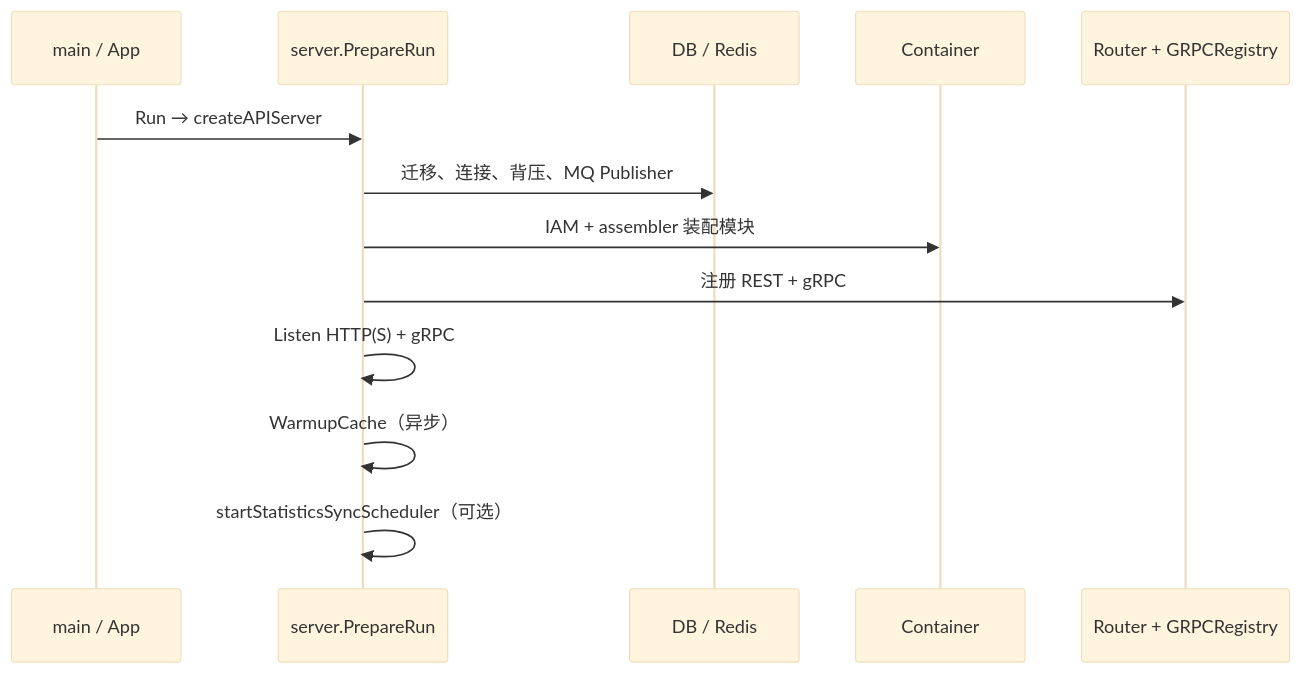
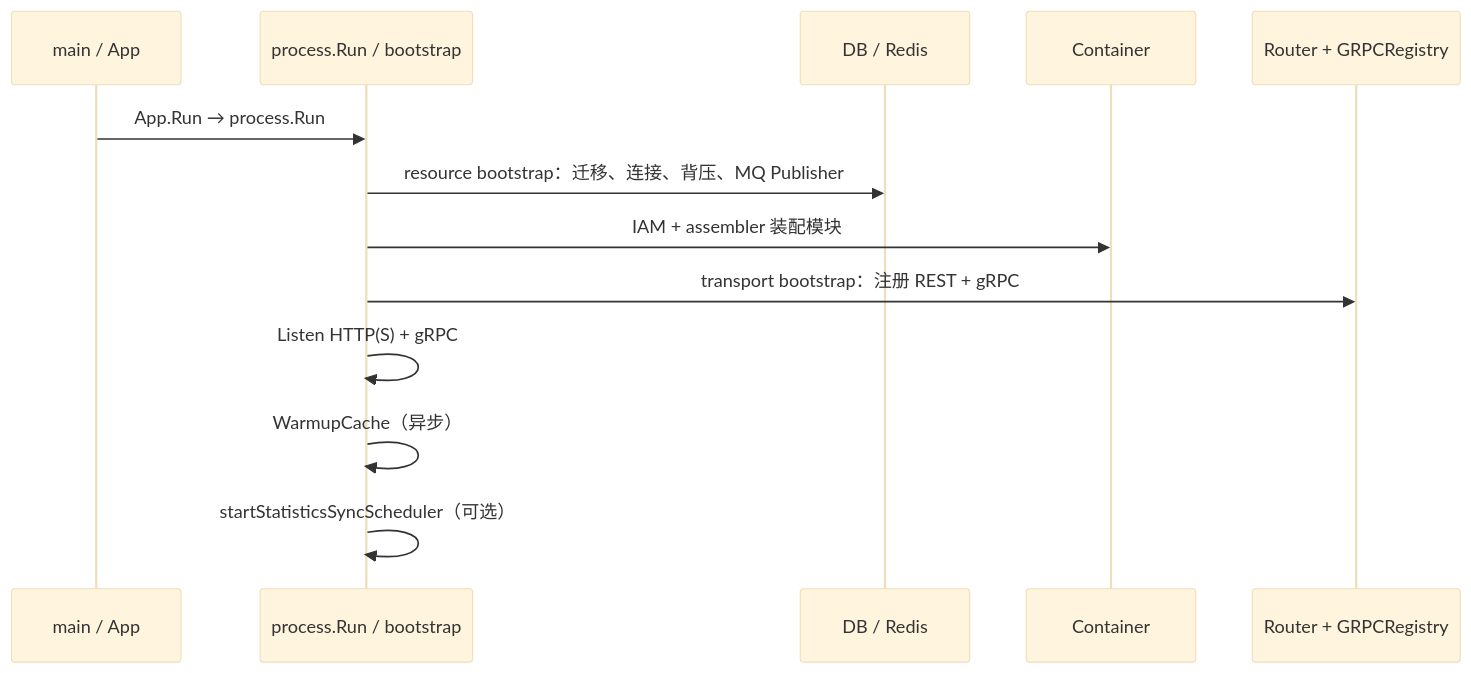
The second of 2 diagrams in docs/01-运行时/01-apiserver.md (FangcunMount/qs-server), drawn with Mermaid (base theme) before and after one commit. The commit also changed other lines of this file and 76 other files, not shown here.

````diff
--- a/docs/01-运行时/01-apiserver.md
+++ b/docs/01-运行时/01-apiserver.md
@@ -86,16 +86,16 @@
 ```mermaid
 sequenceDiagram
     participant M as main / App
-    participant S as server.PrepareRun
+    participant S as process.Run / bootstrap
     participant DB as DB / Redis
     participant C as Container
     participant R as Router + GRPCRegistry
 
-    M->>S: Run → createAPIServer
-    S->>DB: 迁移、连接、背压、MQ Publisher
+    M->>S: App.Run → process.Run
+    S->>DB: resource bootstrap：迁移、连接、背压、MQ Publisher
     S->>C: IAM + assembler 装配模块
-    S->>R: 注册 REST + gRPC
+    S->>R: transport bootstrap：注册 REST + gRPC
     S->>S: Listen HTTP(S) + gRPC
     S->>S: WarmupCache（异步）
     S->>S: startStatisticsSyncScheduler（可选）
 ```
````
